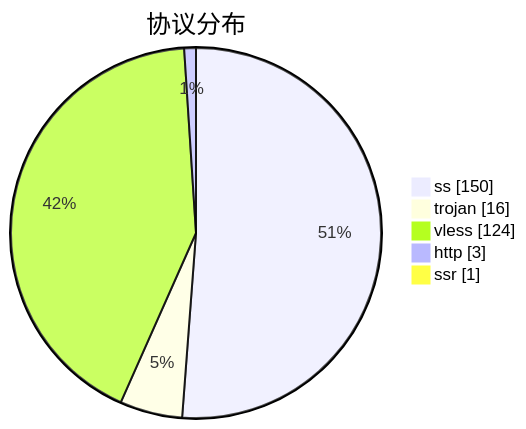
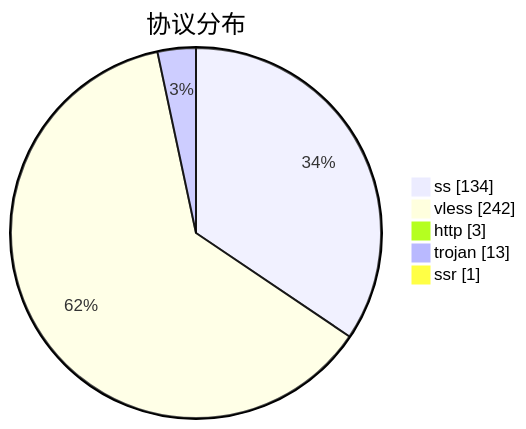
One commit to qjlxg/airport changed the third of 3 diagrams in subs/statistics/tested_within.md. Above: the diagram before and after it, drawn with Mermaid. The commit also changed other lines of this file and 2 other files, not shown here.

````diff
--- a/subs/statistics/tested_within.md
+++ b/subs/statistics/tested_within.md
@@ -17,9 +19,9 @@
 ```mermaid
 pie showData
 title 协议分布
-"ss" : 150
-"trojan" : 16
-"vless" : 124
+"ss" : 134
+"vless" : 242
 "http" : 3
+"trojan" : 13
 "ssr" : 1
 ```
````
